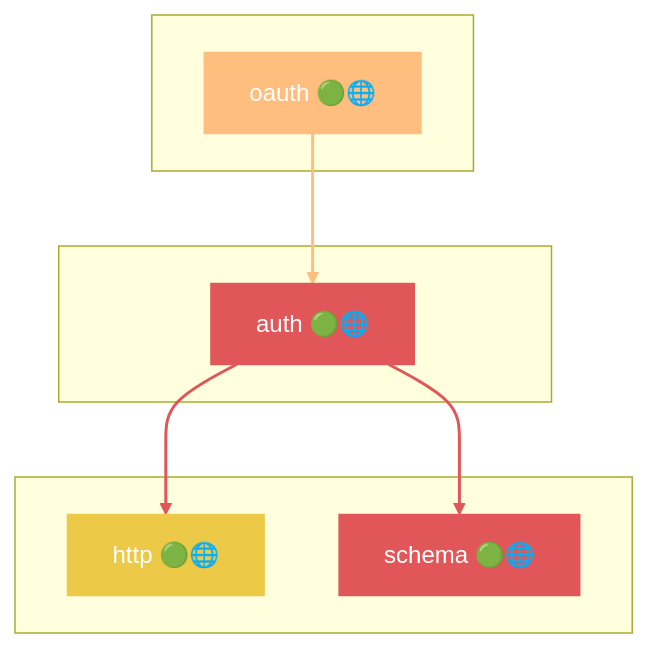
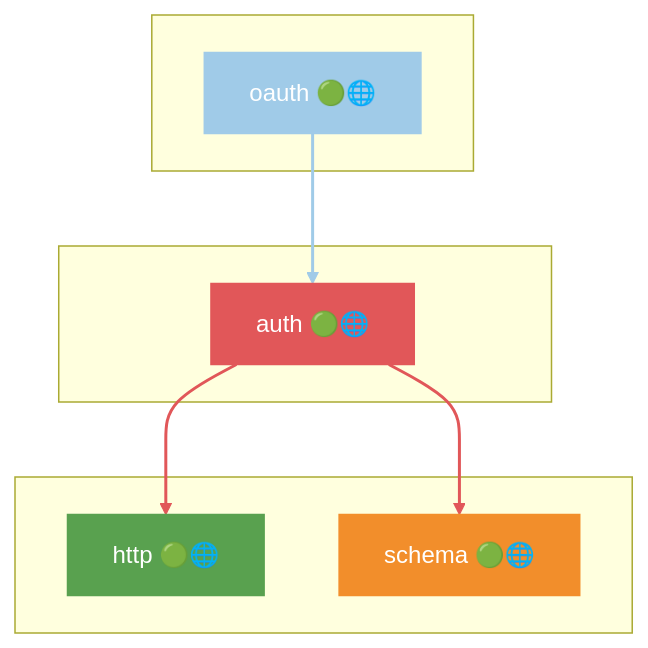
Before and after one commit to grest-ts/grest-ts: the fourth of 50 diagrams in docs/DEPENDENCIES.md, drawn with Mermaid. The commit also changed other lines of this file and 57 other files, not shown here.

````diff
--- a/docs/DEPENDENCIES.md
+++ b/docs/DEPENDENCIES.md
@@ -563,23 +557,23 @@
 ```mermaid
 flowchart TB
     subgraph Dependents[" "]
         oauth["oauth 🟢🌐"]
     end
     subgraph Package[" "]
         auth["auth 🟢🌐"]
     end
     subgraph Dependencies[" "]
         http["http 🟢🌐"]
         schema["schema 🟢🌐"]
     end
     oauth --> auth
     auth --> http
     auth --> schema
     style auth fill:#E15759,stroke:#E15759,color:#fff
-    style oauth fill:#FFBE7D,stroke:#FFBE7D,color:#fff
-    style http fill:#EDC948,stroke:#EDC948,color:#fff
-    style schema fill:#E15759,stroke:#E15759,color:#fff
-    linkStyle 0 stroke:#FFBE7D,stroke-width:2px
+    style oauth fill:#A0CBE8,stroke:#A0CBE8,color:#fff
+    style http fill:#59A14F,stroke:#59A14F,color:#fff
+    style schema fill:#F28E2B,stroke:#F28E2B,color:#fff
+    linkStyle 0 stroke:#A0CBE8,stroke-width:2px
     linkStyle 1 stroke:#E15759,stroke-width:2px
     linkStyle 2 stroke:#E15759,stroke-width:2px
 ```
````
